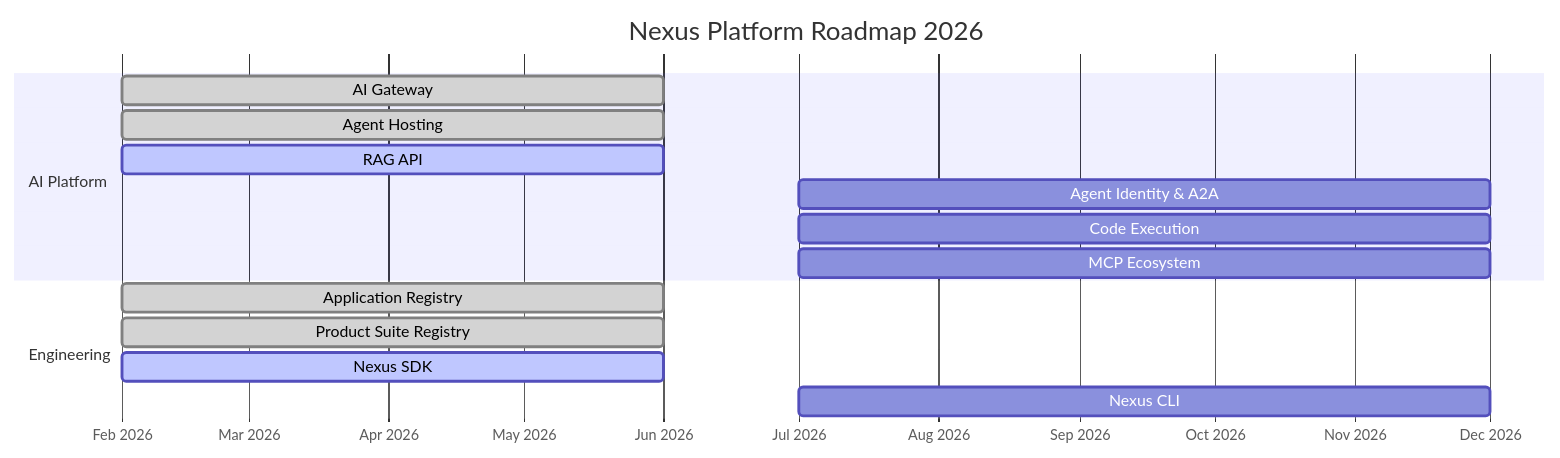
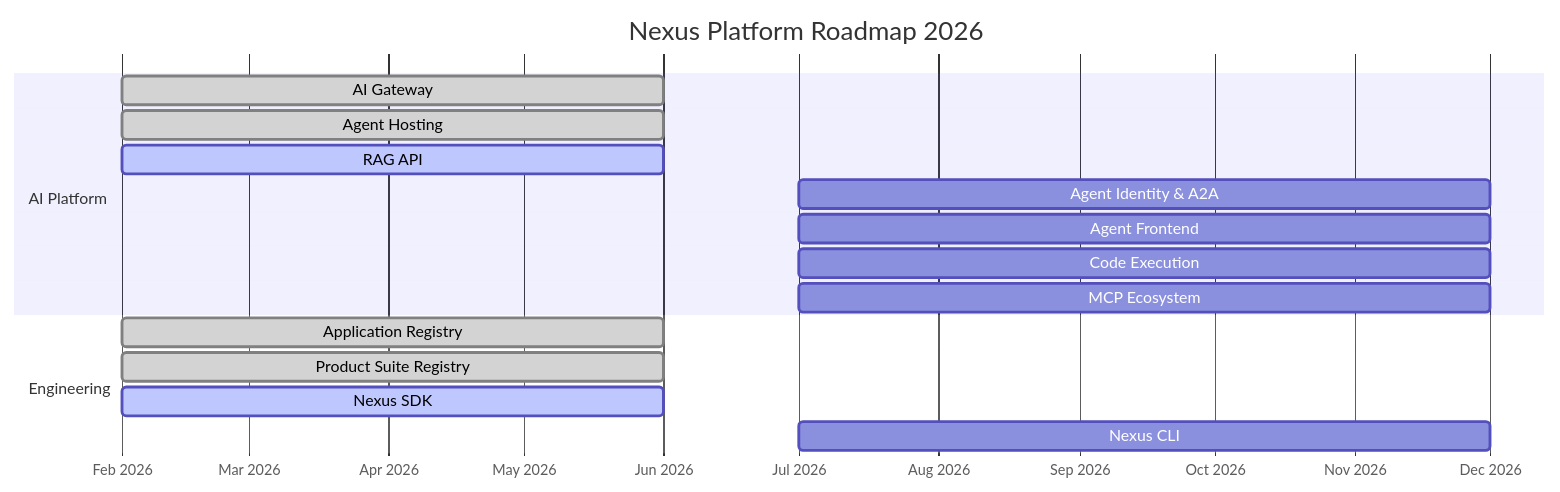
Before and after one commit to AlexandreRgx/nexus-docs: the diagram in docs/_Roadmap.md, drawn with Mermaid. The commit also changed other lines of this file and 39 other files, not shown here.

````diff
--- a/docs/_Roadmap.md
+++ b/docs/_Roadmap.md
@@ -11,20 +11,21 @@
 ```mermaid
 gantt
     title Nexus Platform Roadmap 2026
     dateFormat YYYY-MM
     axisFormat %b %Y
 
     section AI Platform
     AI Gateway           :done, ai-gw, 2026-02, 2026-06
     Agent Hosting        :done, agent-host, 2026-02, 2026-06
     RAG API              :active, rag, 2026-02, 2026-06
     Agent Identity & A2A :a2a, 2026-07, 2026-12
+    Agent Frontend       :agent-ui, 2026-07, 2026-12
     Code Execution       :code-exec, 2026-07, 2026-12
     MCP Ecosystem        :mcp, 2026-07, 2026-12
 
     section Engineering
     Application Registry :done, app-reg, 2026-02, 2026-06
     Product Suite Registry :done, psr, 2026-02, 2026-06
     Nexus SDK            :active, sdk, 2026-02, 2026-06
     Nexus CLI            :cli, 2026-07, 2026-12
 ```
````
